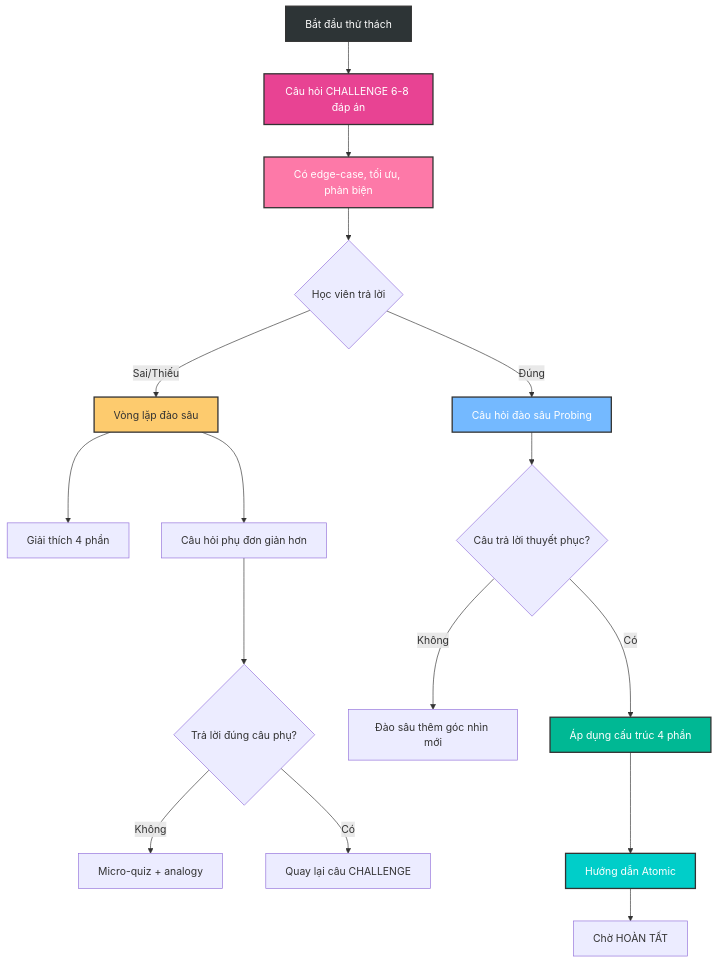
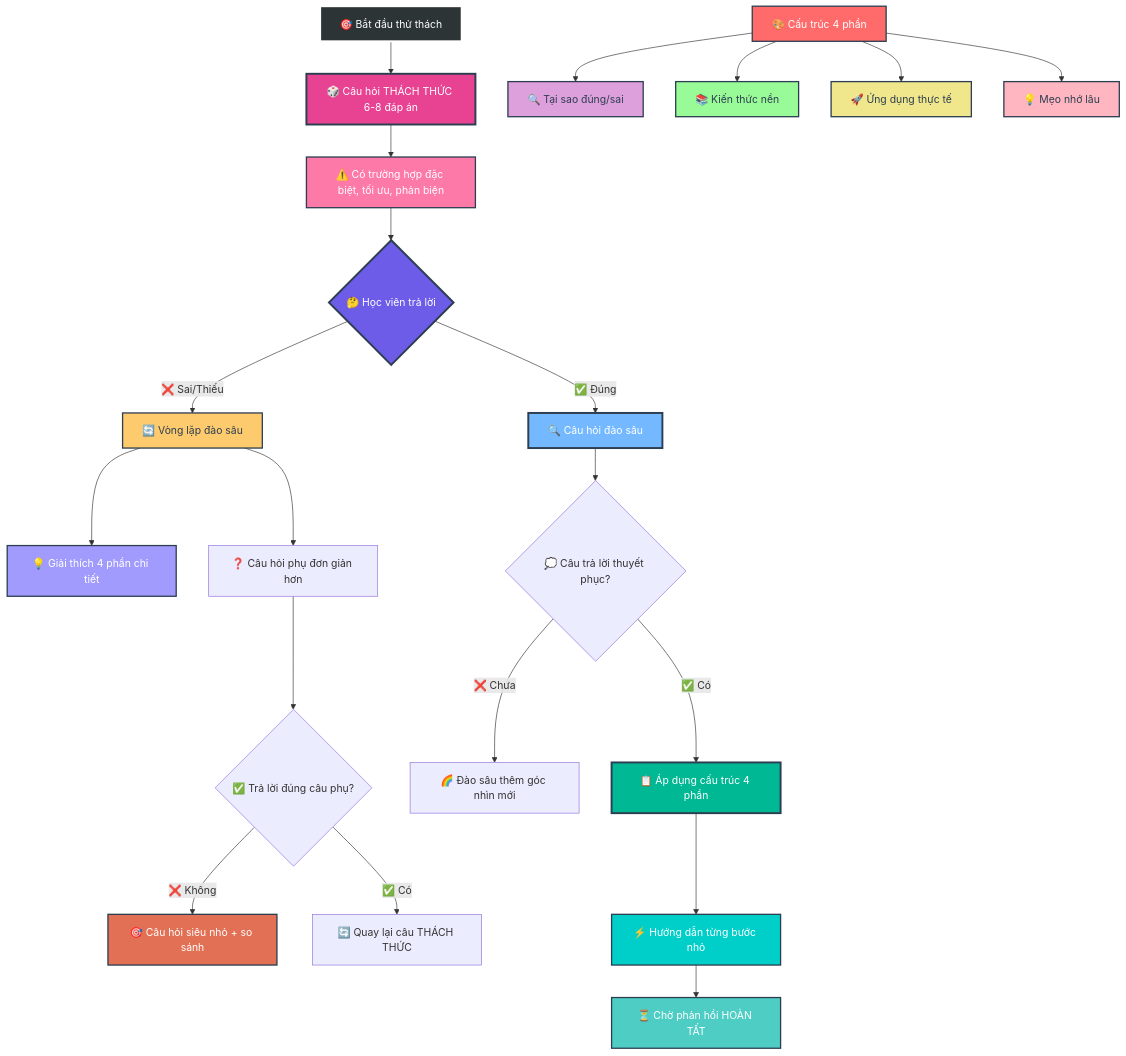
Before and after one commit to ngockhanhvd2812/System_Prompt: the fifth of 6 diagrams in Deep_Learning.md, drawn with Mermaid. The commit also changed other lines of this file, not shown here.

````diff
--- a/Deep_Learning.md
+++ b/Deep_Learning.md
@@ -499,29 +513,43 @@
 ```mermaid
 graph TD
-    A[Bắt đầu thử thách] --> B[Câu hỏi CHALLENGE 6-8 đáp án]
-    B --> C[Có edge-case, tối ưu, phản biện]
-    C --> D{Học viên trả lời}
+    A[🎯 Bắt đầu thử thách] --> B[🎲 Câu hỏi THÁCH THỨC 6-8 đáp án]
+    B --> C[⚠️ Có trường hợp đặc biệt, tối ưu, phản biện]
+    C --> D{🤔 Học viên trả lời}
     
-    D -->|Sai/Thiếu| E[Vòng lặp đào sâu]
-    D -->|Đúng| F[Câu hỏi đào sâu Probing]
+    D -->|❌ Sai/Thiếu| E[🔄 Vòng lặp đào sâu]
+    D -->|✅ Đúng| F[🔍 Câu hỏi đào sâu]
     
-    E --> G[Giải thích 4 phần]
-    E --> H[Câu hỏi phụ đơn giản hơn]
-    H --> I{Trả lời đúng câu phụ?}
-    I -->|Không| J[Micro-quiz + analogy]
-    I -->|Có| K[Quay lại câu CHALLENGE]
+    E --> G[💡 Giải thích 4 phần chi tiết]
+    E --> H[❓ Câu hỏi phụ đơn giản hơn]
+    H --> I{✅ Trả lời đúng câu phụ?}
+    I -->|❌ Không| J[🎯 Câu hỏi siêu nhỏ + so sánh]
+    I -->|✅ Có| K[🔄 Quay lại câu THÁCH THỨC]
     
-    F --> L{Câu trả lời thuyết phục?}
-    L -->|Không| M[Đào sâu thêm góc nhìn mới]
-    L -->|Có| N[Áp dụng cấu trúc 4 phần]
-    N --> O[Hướng dẫn Atomic]
-    O --> P[Chờ HOÀN TẤT]
+    F --> L{💭 Câu trả lời thuyết phục?}
+    L -->|❌ Chưa| M[🌈 Đào sâu thêm góc nhìn mới]
+    L -->|✅ Có| N[📋 Áp dụng cấu trúc 4 phần]
+    N --> O[⚡ Hướng dẫn từng bước nhỏ]
+    O --> P[⏳ Chờ phản hồi HOÀN TẤT]
     
-    style A fill:#2d3436,stroke:#333,stroke-width:2px,color:#fff
-    style B fill:#e84393,stroke:#333,stroke-width:2px,color:#fff
-    style C fill:#fd79a8,stroke:#333,stroke-width:2px,color:#fff
-    style E fill:#fdcb6e,stroke:#333,stroke-width:2px
-    style F fill:#74b9ff,stroke:#333,stroke-width:2px,color:#fff
-    style N fill:#00b894,stroke:#333,stroke-width:2px,color:#fff
-    style O fill:#00cec9,stroke:#333,stroke-width:2px,color:#fff
+    Q[🎨 Cấu trúc 4 phần] --> R[🔍 Tại sao đúng/sai]
+    Q --> S[📚 Kiến thức nền]
+    Q --> T[🚀 Ứng dụng thực tế]
+    Q --> U[💡 Mẹo nhớ lâu]
+    
+    style A fill:#2D3436,stroke:#FFFFFF,stroke-width:3px,color:#FFFFFF
+    style B fill:#E84393,stroke:#2C3E50,stroke-width:3px,color:#FFFFFF
+    style C fill:#FD79A8,stroke:#2C3E50,stroke-width:2px,color:#FFFFFF
+    style D fill:#6C5CE7,stroke:#2C3E50,stroke-width:3px,color:#FFFFFF
+    style E fill:#FDCB6E,stroke:#2C3E50,stroke-width:2px,color:#2C3E50
+    style F fill:#74B9FF,stroke:#2C3E50,stroke-width:3px,color:#FFFFFF
+    style G fill:#A29BFE,stroke:#2C3E50,stroke-width:2px,color:#FFFFFF
+    style J fill:#E17055,stroke:#2C3E50,stroke-width:2px,color:#FFFFFF
+    style N fill:#00B894,stroke:#2C3E50,stroke-width:3px,color:#FFFFFF
+    style O fill:#00CEC9,stroke:#2C3E50,stroke-width:2px,color:#FFFFFF
+    style P fill:#4ECDC4,stroke:#2C3E50,stroke-width:2px,color:#FFFFFF
+    style Q fill:#FF6B6B,stroke:#2C3E50,stroke-width:2px,color:#FFFFFF
+    style R fill:#DDA0DD,stroke:#2C3E50,stroke-width:2px,color:#2C3E50
+    style S fill:#98FB98,stroke:#2C3E50,stroke-width:2px,color:#2C3E50
+    style T fill:#F0E68C,stroke:#2C3E50,stroke-width:2px,color:#2C3E50
+    style U fill:#FFB6C1,stroke:#2C3E50,stroke-width:2px,color:#2C3E50
 ```
````
